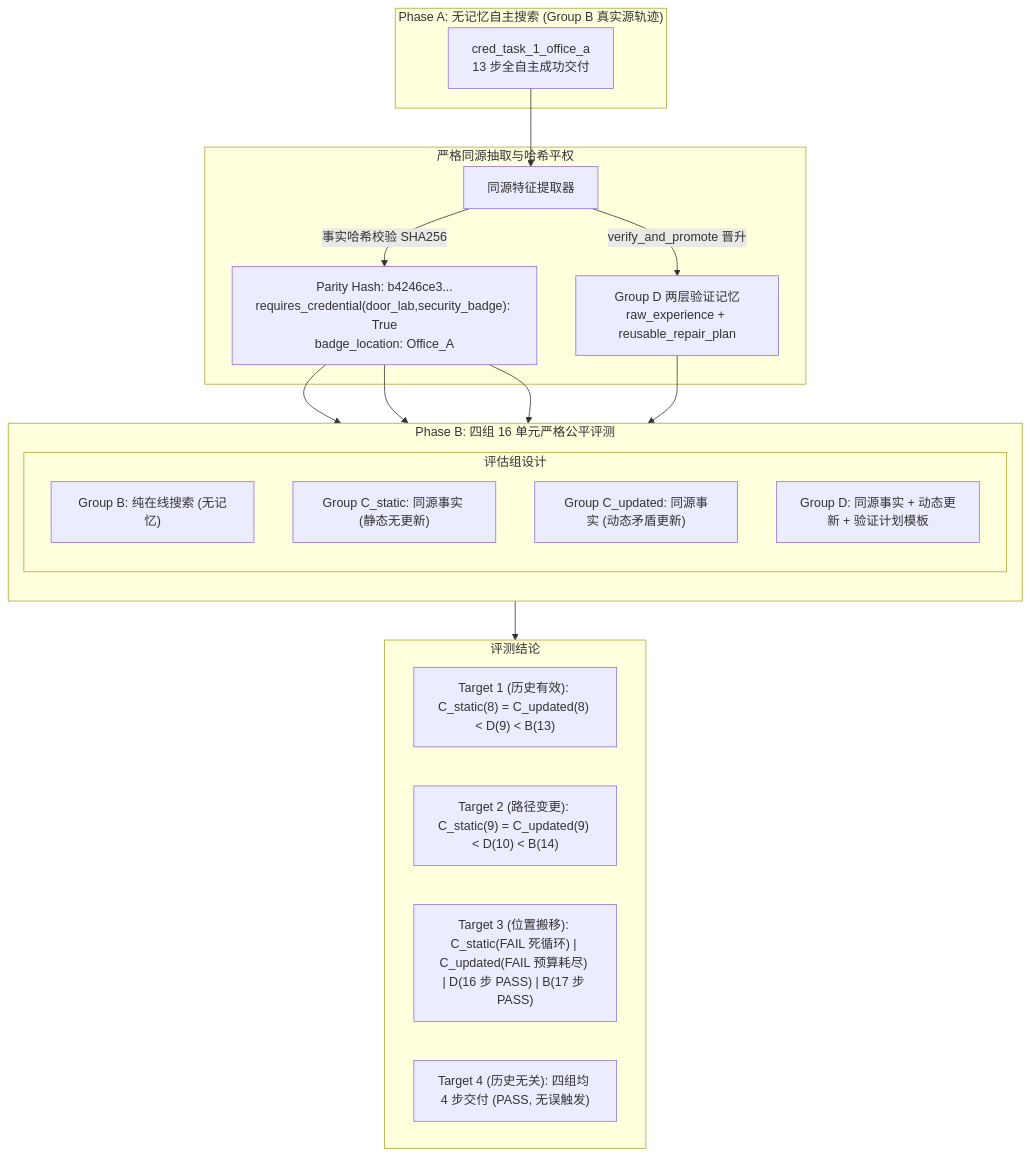
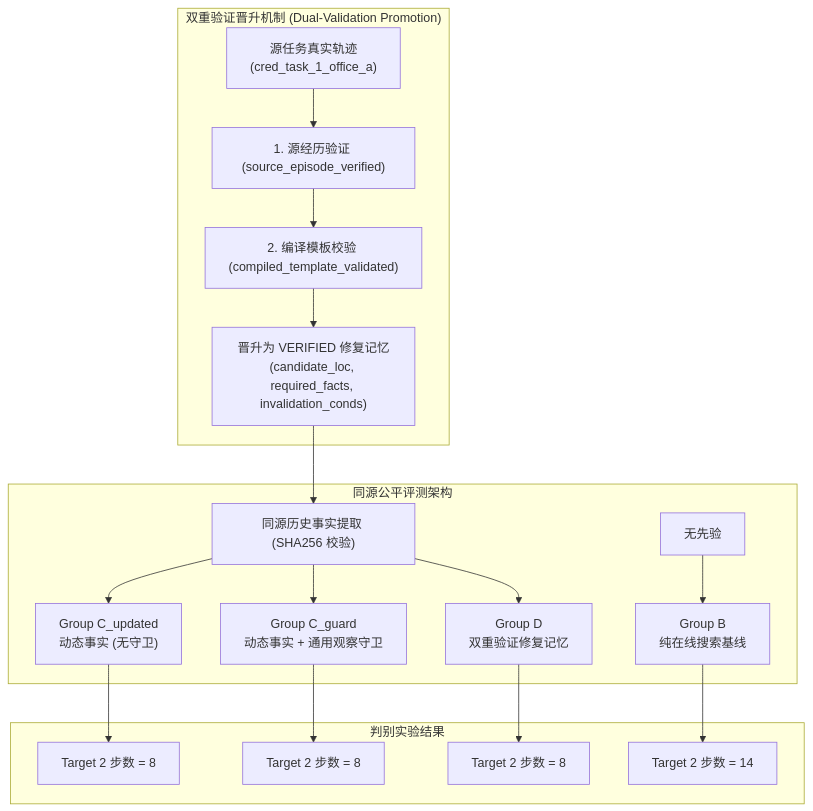
One commit to JingAo-Shen/failmem-ros2-agent changed the diagram in research/agent_task_repair/pilot_report.md. Above: the diagram before and after it, drawn with Mermaid. The commit also changed other lines of this file and 8 other files, not shown here.

Commit message:
feat(eval): complete fair discriminative comparison between Group D and Group C_guard with dual-validation

````diff
--- a/research/agent_task_repair/pilot_report.md
+++ b/research/agent_task_repair/pilot_report.md
@@ -34,35 +79,23 @@
 ```mermaid
-flowchart TD
-    subgraph S1["Phase A: 无记忆自主搜索 (Group B 真实源轨迹)"]
-        SrcRun["cred_task_1_office_a<br/>13 步全自主成功交付"]
+flowchart TB
+    subgraph S1["双重验证晋升机制 (Dual-Validation Promotion)"]
+        RawTraj["源任务真实轨迹<br/>(cred_task_1_office_a)"] --> V1["1. 源经历验证 (source_episode_verified)"]
+        V1 --> V2["2. 编译模板校验 (compiled_template_validated)"]
+        V2 --> Promoted["晋升为 VERIFIED 修复记忆<br/>(candidate_loc, required_facts, invalidation_conds)"]
     end
 
-    subgraph S2["严格同源抽取与哈希平权"]
-        SrcRun --> Ext["同源特征提取器"]
-        Ext -->|事实哈希校验 SHA256| Parity["Parity Hash: b4246ce3...<br/>requires_credential(door_lab,security_badge): True<br/>badge_location: Office_A"]
-        Ext -->|verify_and_promote 晋升| DMem["Group D 两层验证记忆<br/>raw_experience + reusable_repair_plan"]
+    subgraph S2["同源公平评测架构"]
+        Promoted --> Ext["同源历史事实提取 (SHA256 校验)"]
+        Ext --> GCu["Group C_updated<br/>动态事实 (无守卫)"]
+        Ext --> GCg["Group C_guard<br/>动态事实 + 通用观察守卫"]
+        Ext --> GD["Group D<br/>双重验证修复记忆"]
+        RawNone["无先验"] --> GB["Group B<br/>纯在线搜索基线"]
     end
 
-    subgraph S3["Phase B: 四组 16 单元严格公平评测"]
-        direction TB
-        subgraph Grp["评估组设计"]
-            GB["Group B: 纯在线搜索 (无记忆)"]
-            GCs["Group C_static: 同源事实 (静态无更新)"]
-            GCu["Group C_updated: 同源事实 (动态矛盾更新)"]
-            GD["Group D: 同源事实 + 动态更新 + 验证计划模板"]
-        end
-        Parity --> GCs
-        Parity --> GCu
-        Parity --> GD
-        DMem --> GD
+    subgraph S3["判别实验结果"]
+        GCu --> R1["Target 2 步数 = 8"]
+        GCg --> R2["Target 2 步数 = 8"]
+        GD --> R3["Target 2 步数 = 8"]
+        GB --> R4["Target 2 步数 = 14"]
     end
-
-    subgraph S4["评测结论"]
-        T1["Target 1 (历史有效): C_static(8) = C_updated(8) < D(9) < B(13)"]
-        T2["Target 2 (路径变更): C_static(9) = C_updated(9) < D(10) < B(14)"]
-        T3["Target 3 (位置搬移): C_static(FAIL 死循环) | C_updated(FAIL 预算耗尽) | D(16 步 PASS) | B(17 步 PASS)"]
-        T4["Target 4 (历史无关): 四组均 4 步交付 (PASS, 无误触发)"]
-    end
-
-    S3 --> S4
 ```
````
